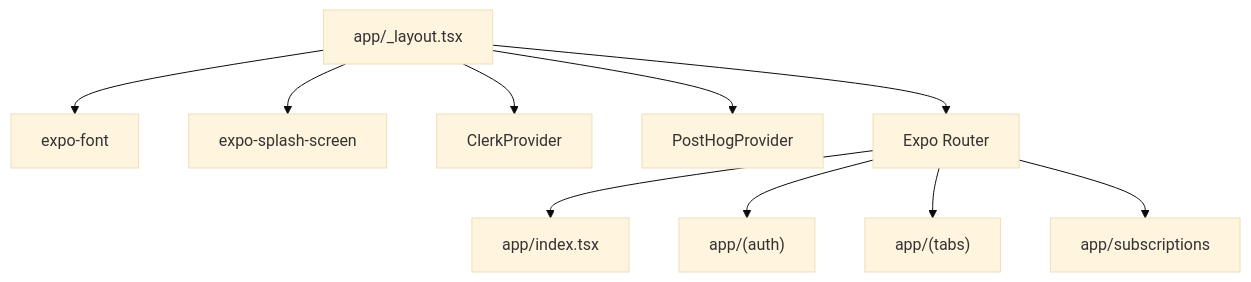
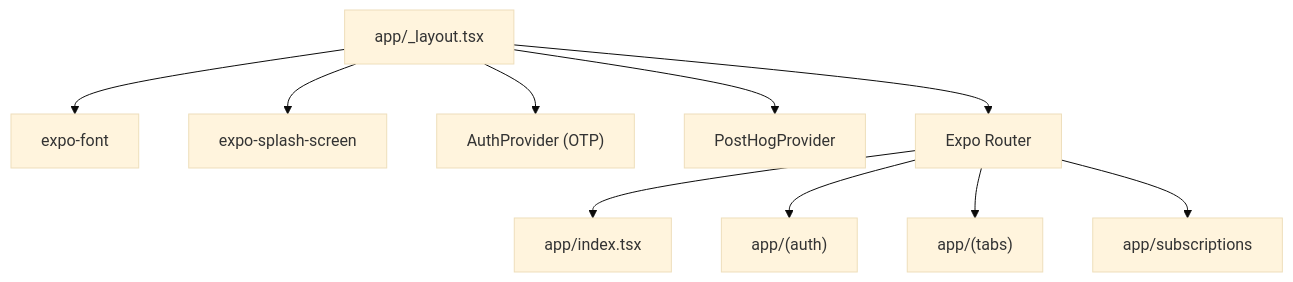
One commit to charanp2006/recurrly changed the fifth of 7 diagrams in FRONTEND_DOCUMENTATION.md. Above: the diagram before and after it, drawn with Mermaid (base theme). The commit also changed other lines of this file and 19 other files, not shown here.

````diff
--- a/FRONTEND_DOCUMENTATION.md
+++ b/FRONTEND_DOCUMENTATION.md
@@ -147,12 +149,12 @@
 ```mermaid
 flowchart TD
     Root["app/_layout.tsx"] --> Fonts["expo-font"]
     Root --> Splash["expo-splash-screen"]
-    Root --> Clerk["ClerkProvider"]
+  Root --> Auth["AuthProvider (OTP)"]
     Root --> PostHog["PostHogProvider"]
     Root --> Router["Expo Router"]
     Router --> Index["app/index.tsx"]
     Router --> AuthGroup["app/(auth)"]
     Router --> TabsGroup["app/(tabs)"]
     Router --> SubGroup["app/subscriptions"]
 ```
````
